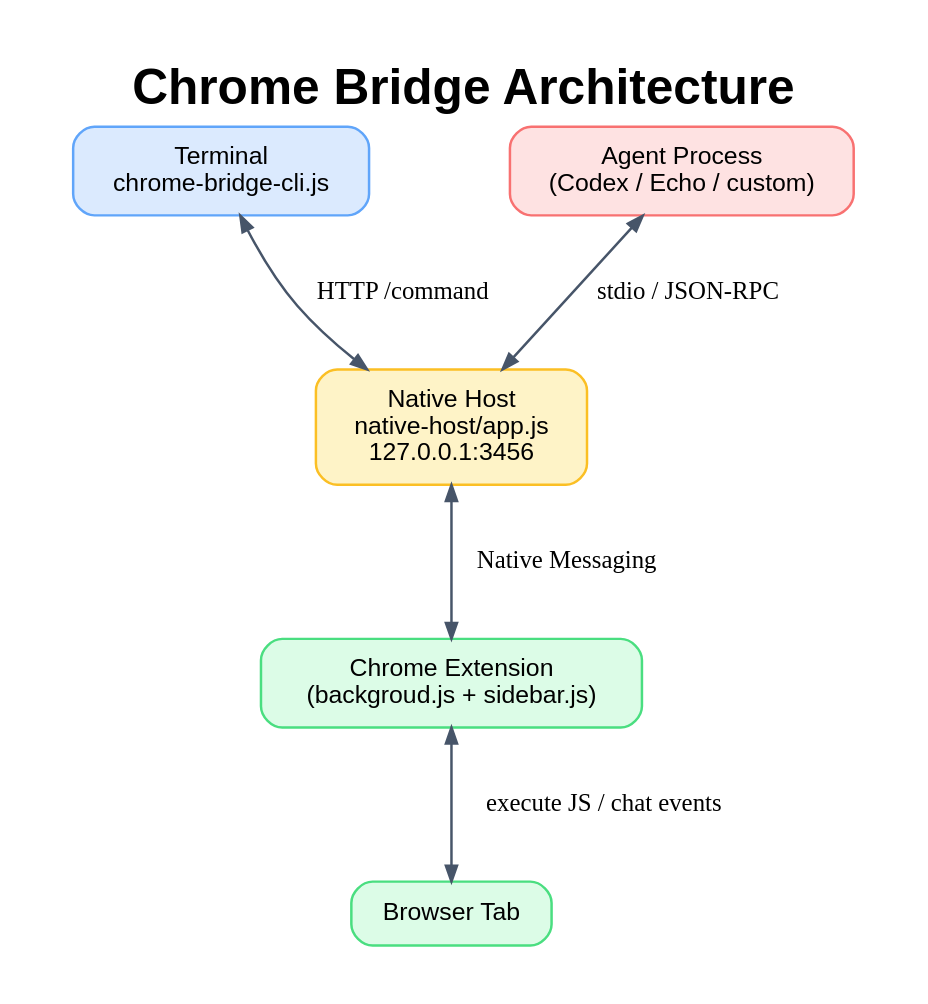
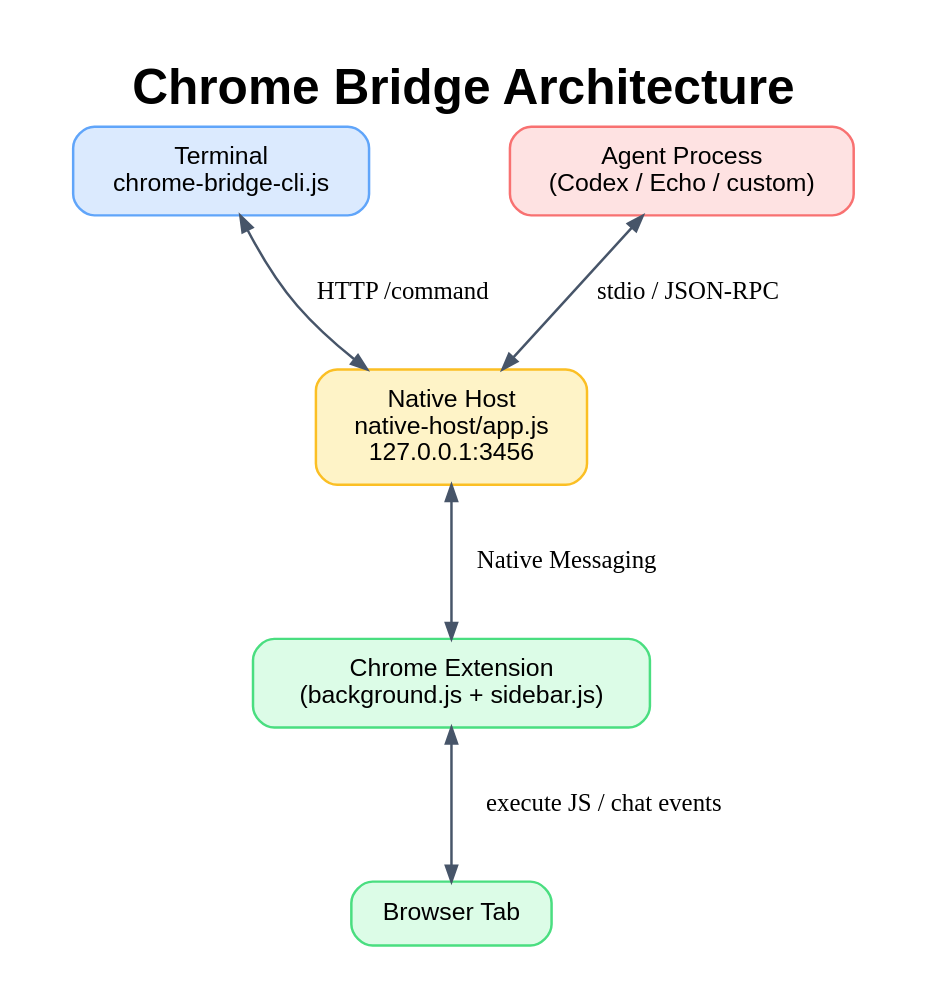
The diagram in diagrams/architecture.dot (ph87/llm-op-chrome-demo), drawn with Graphviz before and after one commit. The commit also changed 3 other files, not shown here.

Commit message:
Rename extension service worker to background.js

```diff
--- a/diagrams/architecture.dot
+++ b/diagrams/architecture.dot
@@ -1,66 +1,66 @@
 digraph chrome_bridge_architecture {
   graph [
     label="Chrome Bridge Architecture",
     labelloc=t,
     fontsize=28,
     fontname="Helvetica-Bold",
     pad=0.35,
     ranksep=1.0,
     nodesep=1.1,
     splines=true
   ];
 
   rankdir=TB;
 
   node [
     shape=box,
     style="rounded,filled",
     fontname="Helvetica",
     fontsize=14,
     penwidth=1.4,
     margin="0.2,0.14"
   ];
 
   edge [
     color="#475569",
     arrowsize=0.9,
     penwidth=1.4
   ];
 
   terminal [
     label="Terminal\nchrome-bridge-cli.js",
     fillcolor="#dbeafe",
     color="#60a5fa"
   ];
 
   agent [
     label="Agent Process\n(Codex / Echo / custom)",
     fillcolor="#fee2e2",
     color="#f87171"
   ];
 
   host [
     label="Native Host\nnative-host/app.js\n127.0.0.1:3456",
     fillcolor="#fef3c7",
     color="#fbbf24"
   ];
 
   extension [
-    label="Chrome Extension\n(backgroud.js + sidebar.js)",
+    label="Chrome Extension\n(background.js + sidebar.js)",
     fillcolor="#dcfce7",
     color="#4ade80"
   ];
 
   tab [
     label="Browser Tab",
     fillcolor="#dcfce7",
     color="#4ade80"
   ];
 
   { rank=same; terminal; agent; }
 
   terminal -> host [dir=both, label="HTTP /command"];
   agent -> host [dir=both, label="stdio / JSON-RPC"];
   host -> extension [dir=both, label="Native Messaging"];
   extension -> tab [dir=both, label="execute JS / chat events"];
 }
```
